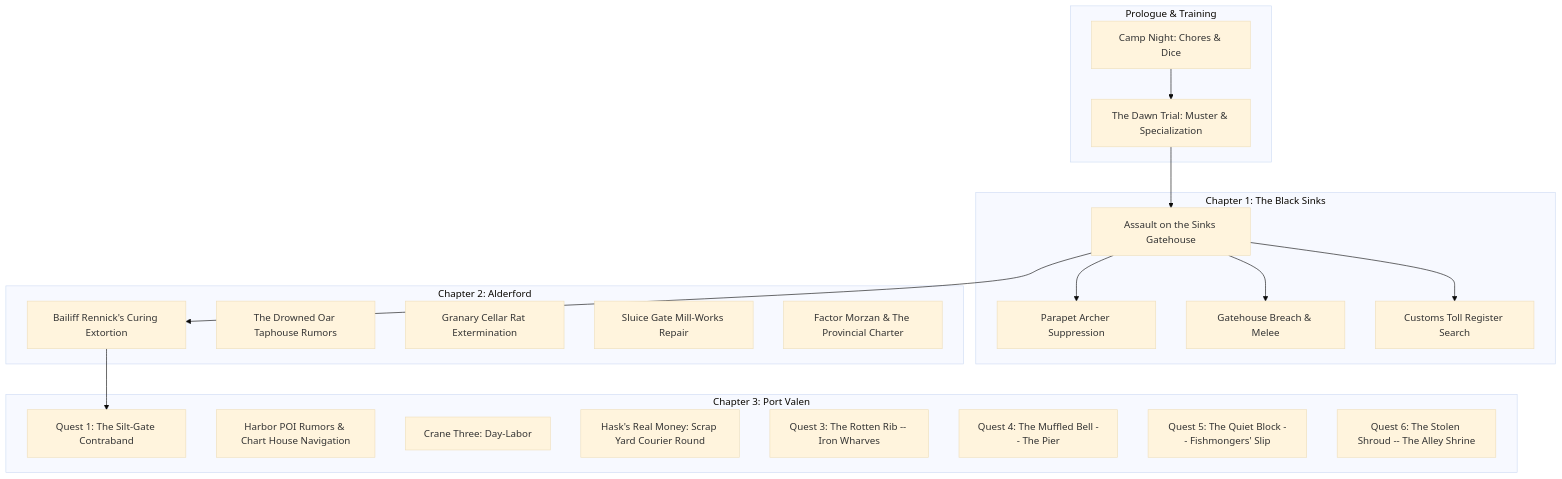
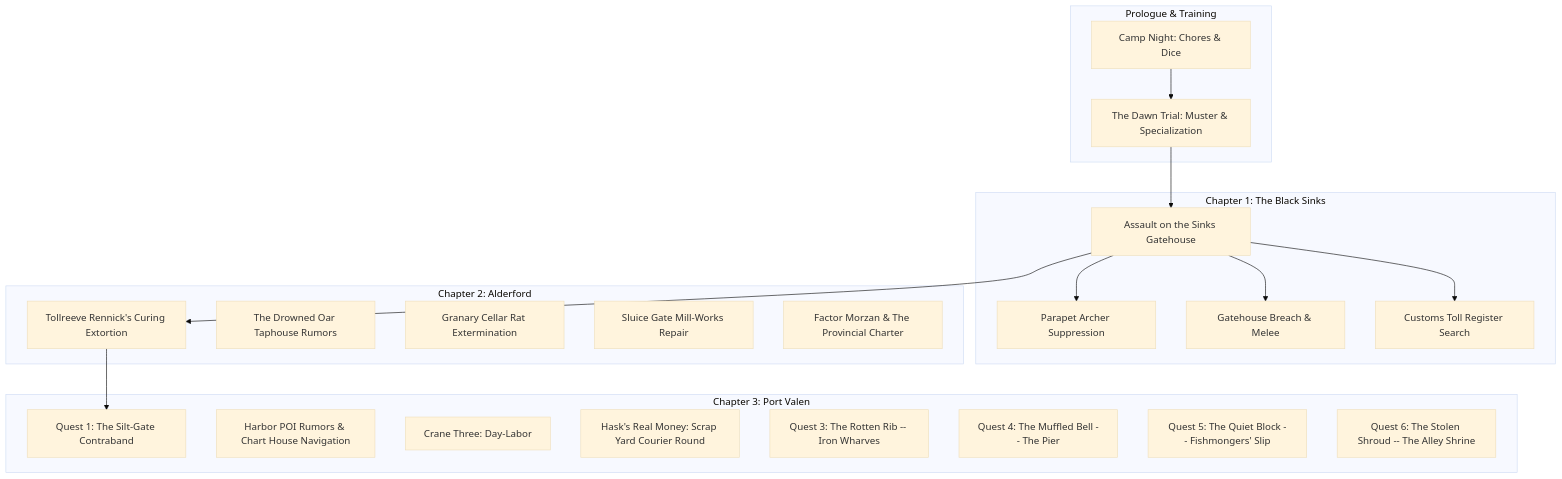
One commit to Kingskunk/A-Mercenaries-Life changed the diagram in Resources & Quest/QUESTS.md. Above: the diagram before and after it, drawn with Mermaid (base theme). The commit also changed other lines of this file and 20 other files, not shown here.

````diff
--- a/Resources & Quest/QUESTS.md
+++ b/Resources & Quest/QUESTS.md
@@ -25,36 +25,36 @@
 ```mermaid
 graph TD
     subgraph Prologue & Training
         Q0["Camp Night: Chores & Dice"] --> Q1["The Dawn Trial: Muster & Specialization"]
     end
 
     subgraph Chapter 1: The Black Sinks
         Q2["Assault on the Sinks Gatehouse"]
         Q2 --> Q2A["Parapet Archer Suppression"]
         Q2 --> Q2B["Gatehouse Breach & Melee"]
         Q2 --> Q2C["Customs Toll Register Search"]
     end
 
     subgraph Chapter 2: Alderford
-        Q3["Bailiff Rennick's Curing Extortion"]
+        Q3["Tollreeve Rennick's Curing Extortion"]
         Q4["The Drowned Oar Taphouse Rumors"]
         Q5["Granary Cellar Rat Extermination"]
         Q6["Sluice Gate Mill-Works Repair"]
         Q7["Factor Morzan & The Provincial Charter"]
     end
 
     subgraph Chapter 3: Port Valen
         Q8["Quest 1: The Silt-Gate Contraband"]
         Q9["Harbor POI Rumors & Chart House Navigation"]
         Q11["Crane Three: Day-Labor"]
         Q15["Hask's Real Money: Scrap Yard Courier Round"]
         Q12["Quest 3: The Rotten Rib -- Iron Wharves"]
         Q13["Quest 4: The Muffled Bell -- The Pier"]
         Q14["Quest 5: The Quiet Block -- Fishmongers' Slip"]
         Q16["Quest 6: The Stolen Shroud -- The Alley Shrine"]
     end
 
     Q1 --> Q2
     Q2 --> Q3
     Q3 --> Q8
 ```
````
